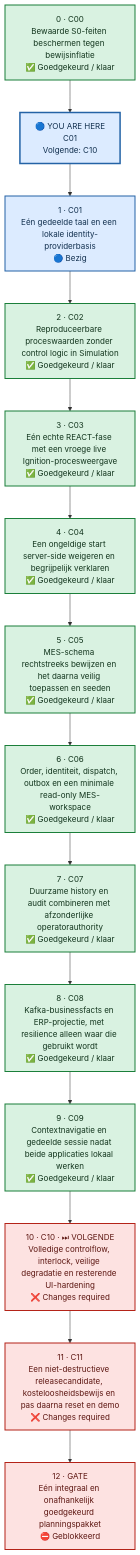
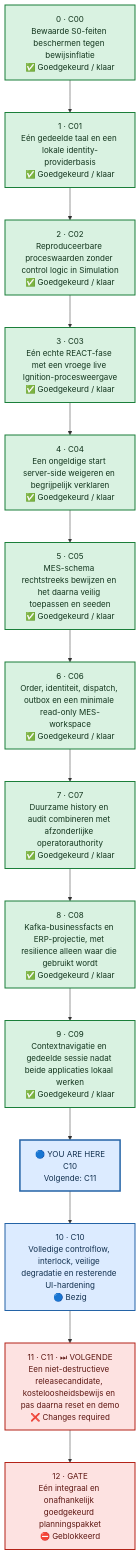
Before and after one commit to Jandesch91/n1-bioforge-requirements-cockpit: the diagram in chunks.mmd, drawn with Mermaid. The commit also changed 3 other files, not shown here.

```diff
--- a/chunks.mmd
+++ b/chunks.mmd
@@ -1,39 +1,39 @@
 %%{init: {"flowchart": {"curve": "linear", "nodeSpacing": 55, "rankSpacing": 65, "htmlLabels": true}}}%%
 flowchart TB
     %% One vertical lane: order is explicit and no dependency arrows cross.
     chunk_0["0 · C00<br/>Bewaarde S0-feiten beschermen tegen bewijsinflatie<br/>✅ Goedgekeurd / klaar"]
-    chunk_1["1 · C01<br/>Eén gedeelde taal en een lokale identity-providerbasis<br/>🔵 Bezig"]
+    chunk_1["1 · C01<br/>Eén gedeelde taal en een lokale identity-providerbasis<br/>✅ Goedgekeurd / klaar"]
     chunk_2["2 · C02<br/>Reproduceerbare proceswaarden zonder control logic in Simulation<br/>✅ Goedgekeurd / klaar"]
     chunk_3["3 · C03<br/>Eén echte REACT-fase met een vroege live Ignition-procesweergave<br/>✅ Goedgekeurd / klaar"]
     chunk_4["4 · C04<br/>Een ongeldige start server-side weigeren en begrijpelijk verklaren<br/>✅ Goedgekeurd / klaar"]
     chunk_5["5 · C05<br/>MES-schema rechtstreeks bewijzen en het daarna veilig toepassen en seeden<br/>✅ Goedgekeurd / klaar"]
     chunk_6["6 · C06<br/>Order, identiteit, dispatch, outbox en een minimale read-only MES-workspace<br/>✅ Goedgekeurd / klaar"]
     chunk_7["7 · C07<br/>Duurzame history en audit combineren met afzonderlijke operatorauthority<br/>✅ Goedgekeurd / klaar"]
     chunk_8["8 · C08<br/>Kafka-businessfacts en ERP-projectie, met resilience alleen waar die gebruikt wordt<br/>✅ Goedgekeurd / klaar"]
     chunk_9["9 · C09<br/>Contextnavigatie en gedeelde sessie nadat beide applicaties lokaal werken<br/>✅ Goedgekeurd / klaar"]
-    chunk_10["10 · C10 · ⏭ VOLGENDE<br/>Volledige controlflow, interlock, veilige degradatie en resterende UI-hardening<br/>❌ Changes required"]
-    chunk_11["11 · C11<br/>Een niet-destructieve releasecandidate, kosteloosheidsbewijs en pas daarna reset en demo<br/>❌ Changes required"]
+    chunk_10["10 · C10<br/>Volledige controlflow, interlock, veilige degradatie en resterende UI-hardening<br/>🔵 Bezig"]
+    chunk_11["11 · C11 · ⏭ VOLGENDE<br/>Een niet-destructieve releasecandidate, kosteloosheidsbewijs en pas daarna reset en demo<br/>❌ Changes required"]
     chunk_12["12 · GATE<br/>Eén integraal en onafhankelijk goedgekeurd planningspakket<br/>⛔ Geblokkeerd"]
-    current_marker["🔵 YOU ARE HERE<br/>C01<br/>Volgende: C10"]
-    chunk_0 --> current_marker --> chunk_1 --> chunk_2 --> chunk_3 --> chunk_4 --> chunk_5 --> chunk_6 --> chunk_7 --> chunk_8 --> chunk_9 --> chunk_10 --> chunk_11 --> chunk_12
+    current_marker["🔵 YOU ARE HERE<br/>C10<br/>Volgende: C11"]
+    chunk_0 --> chunk_1 --> chunk_2 --> chunk_3 --> chunk_4 --> chunk_5 --> chunk_6 --> chunk_7 --> chunk_8 --> chunk_9 --> current_marker --> chunk_10 --> chunk_11 --> chunk_12
     classDef approved fill:#D9F2E1,stroke:#1B7F3A,color:#12351D,stroke-width:2px
     classDef inprogress fill:#DCEBFF,stroke:#2463A6,color:#12304F,stroke-width:2px
     classDef human fill:#FFF2BF,stroke:#A66B00,color:#4D3300,stroke-width:2px
     classDef changes fill:#FDE2E1,stroke:#B42318,color:#5D1712,stroke-width:2px
     classDef blocked fill:#FDE2E1,stroke:#B42318,color:#5D1712,stroke-width:2px
     classDef notstarted fill:#F2F4F7,stroke:#667085,color:#344054,stroke-width:2px
     classDef current fill:#DCEBFF,stroke:#2463A6,color:#12304F,stroke-width:3px
     class chunk_0 approved
-    class chunk_1 inprogress
+    class chunk_1 approved
     class chunk_2 approved
     class chunk_3 approved
     class chunk_4 approved
     class chunk_5 approved
     class chunk_6 approved
     class chunk_7 approved
     class chunk_8 approved
     class chunk_9 approved
-    class chunk_10 changes
+    class chunk_10 inprogress
     class chunk_11 changes
     class chunk_12 blocked
     class current_marker current
```
